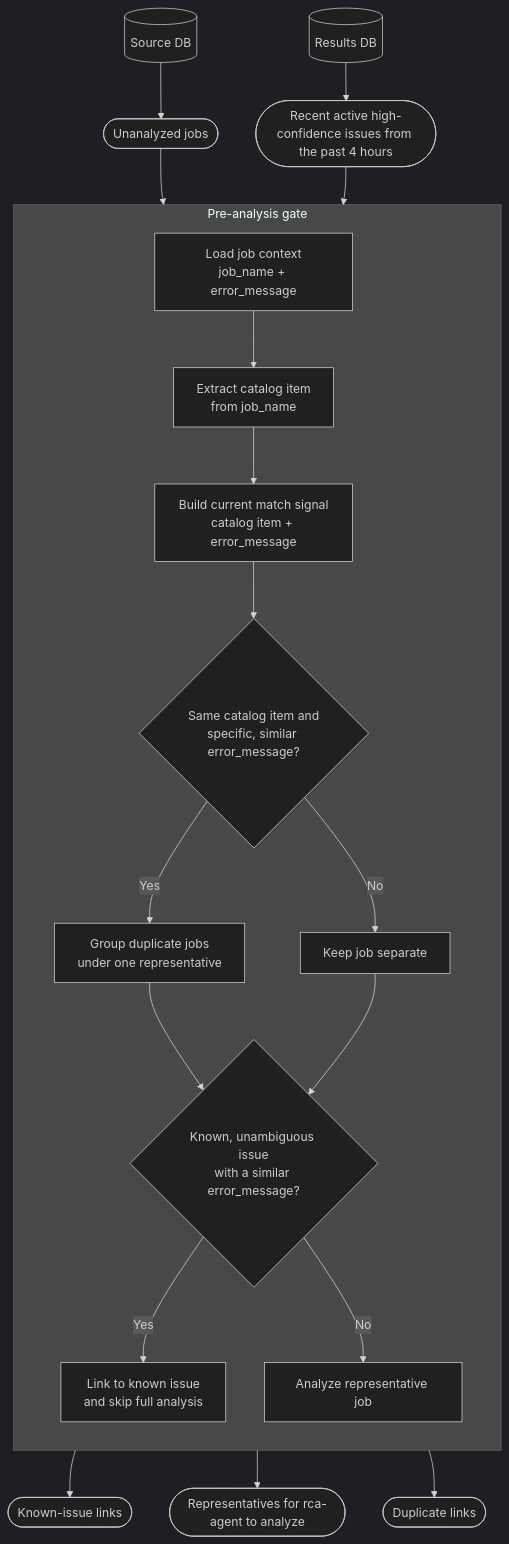
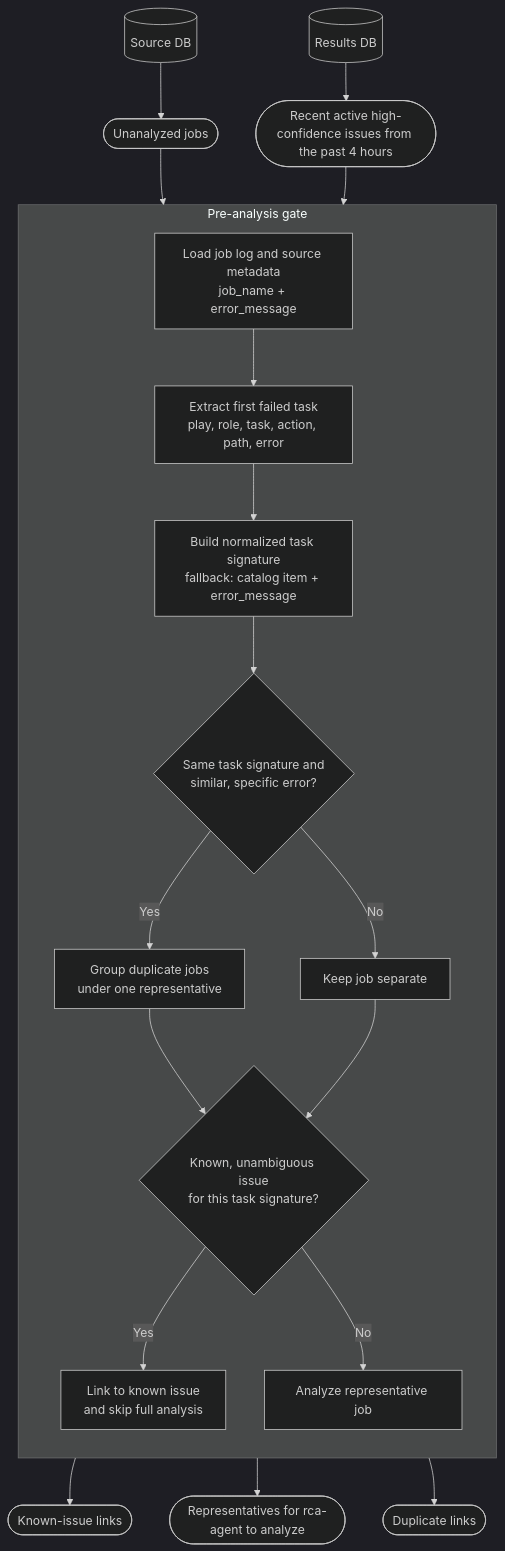
The diagram in docs/design/pre-analysis-current-flow.mmd (jerry-ng2/aap2-rca-agent), drawn with Mermaid (dark theme) before and after one commit. The commit also changed 10 other files, not shown here.

Commit message:
feat: add task-signature pre-analysis matching

```diff
--- a/docs/design/pre-analysis-current-flow.mmd
+++ b/docs/design/pre-analysis-current-flow.mmd
@@ -1,39 +1,39 @@
 flowchart TD
     SourceDB[(Source DB)] --> Jobs([Unanalyzed jobs])
     ResultsDB[(Results DB)] --> Recent([Recent active high-confidence issues from the past 4 hours])
 
     subgraph Gate["Pre-analysis gate"]
         direction TB
-        JobContext["Load job context
+        JobContext["Load job log and source metadata
 job_name + error_message"]
-        Catalog["Extract catalog item
-from job_name"]
-        Signal["Build current match signal
-catalog item + error_message"]
-        Duplicate{"Same catalog item and
-specific, similar error_message?"}
+        FailedTask["Extract first failed task
+play, role, task, action, path, error"]
+        Signature["Build normalized task signature
+fallback: catalog item + error_message"]
+        Duplicate{"Same task signature and
+similar, specific error?"}
         Group["Group duplicate jobs
 under one representative"]
         Keep["Keep job separate"]
         Known{"Known, unambiguous issue
-with a similar error_message?"}
+for this task signature?"}
         Skip["Link to known issue
 and skip full analysis"]
         Analyze["Analyze representative job"]
     end
 
     Jobs --> JobContext
-    JobContext --> Catalog
-    Catalog --> Signal
-    Signal --> Duplicate
+    JobContext --> FailedTask
+    FailedTask --> Signature
+    Signature --> Duplicate
     Duplicate -- Yes --> Group
     Duplicate -- No --> Keep
     Group --> Known
     Keep --> Known
     Recent --> Known
     Known -- Yes --> Skip
     Known -- No --> Analyze
 
     Skip --> KnownLinks([Known-issue links])
     Analyze --> ToAnalysis([Representatives for rca-agent to analyze])
     Group --> DuplicateLinks([Duplicate links])
```
